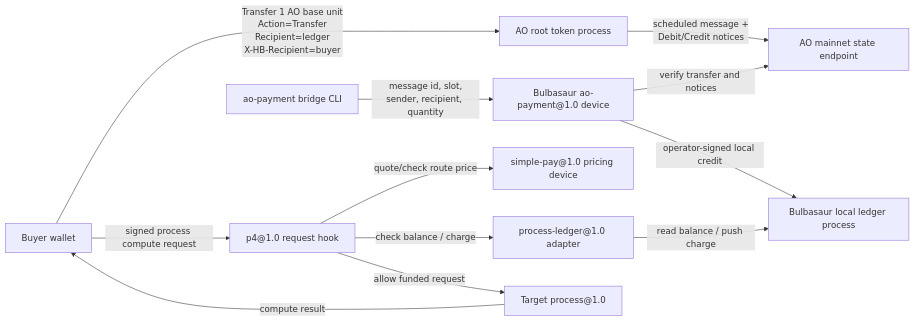
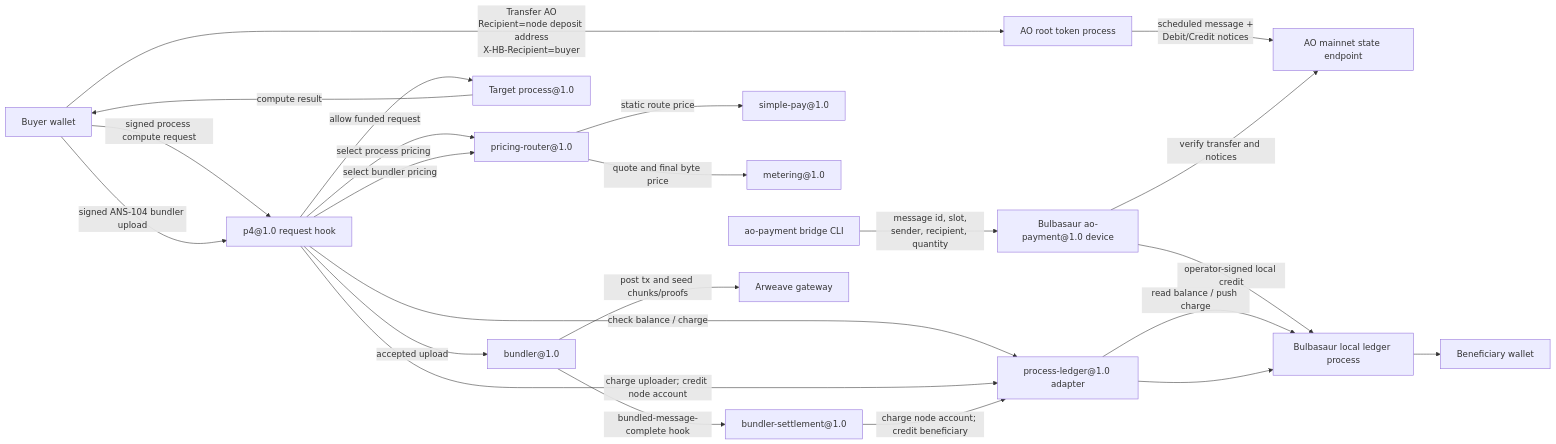
Before and after one commit to xylophonez/bulbasaur: the first of 2 diagrams in BULBASAUR.md, drawn with Mermaid. The commit also changed other lines of this file and 10 other files, not shown here.

Commit message:
Implement local ledger bundler settlement

````diff
--- a/BULBASAUR.md
+++ b/BULBASAUR.md
@@ -59,26 +69,44 @@
 ```mermaid
 flowchart LR
     Buyer["Buyer wallet"]
     AO["AO root token process"]
     State["AO mainnet state endpoint"]
     Bridge["ao-payment bridge CLI"]
     Device["Bulbasaur ao-payment@1.0 device"]
     Ledger["Bulbasaur local ledger process"]
     P4["p4@1.0 request hook"]
-    Pay["simple-pay@1.0 pricing device"]
+    Router["pricing-router@1.0"]
+    Pay["simple-pay@1.0"]
+    Meter["metering@1.0"]
+    Settle["bundler-settlement@1.0"]
     PL["process-ledger@1.0 adapter"]
     Proc["Target process@1.0"]
+    Bundler["bundler@1.0"]
+    AR["Arweave gateway"]
+    Beneficiary["Beneficiary wallet"]
 
-    Buyer -->|"Transfer 1 AO base unit<br/>Action=Transfer<br/>Recipient=ledger<br/>X-HB-Recipient=buyer"| AO
+    Buyer -->|"Transfer AO<br/>Recipient=node deposit address<br/>X-HB-Recipient=buyer"| AO
     AO -->|"scheduled message +<br/>Debit/Credit notices"| State
     Bridge -->|"message id, slot,<br/>sender, recipient, quantity"| Device
     Device -->|"verify transfer and notices"| State
     Device -->|"operator-signed local credit"| Ledger
 
     Buyer -->|"signed process compute request"| P4
-    P4 -->|"quote/check route price"| Pay
+    P4 -->|"select process pricing"| Router
+    Router -->|"static route price"| Pay
     P4 -->|"check balance / charge"| PL
     PL -->|"read balance / push charge"| Ledger
     P4 -->|"allow funded request"| Proc
     Proc -->|"compute result"| Buyer
+
+    Buyer -->|"signed ANS-104 bundler upload"| P4
+    P4 -->|"select bundler pricing"| Router
+    Router -->|"quote and final byte price"| Meter
+    P4 -->|"charge uploader; credit node account"| PL
+    P4 -->|"accepted upload"| Bundler
+    Bundler -->|"post tx and seed chunks/proofs"| AR
+    Bundler -->|"bundled-message-complete hook"| Settle
+    Settle -->|"charge node account; credit beneficiary"| PL
+    PL --> Ledger
+    Ledger --> Beneficiary
 ```
````
